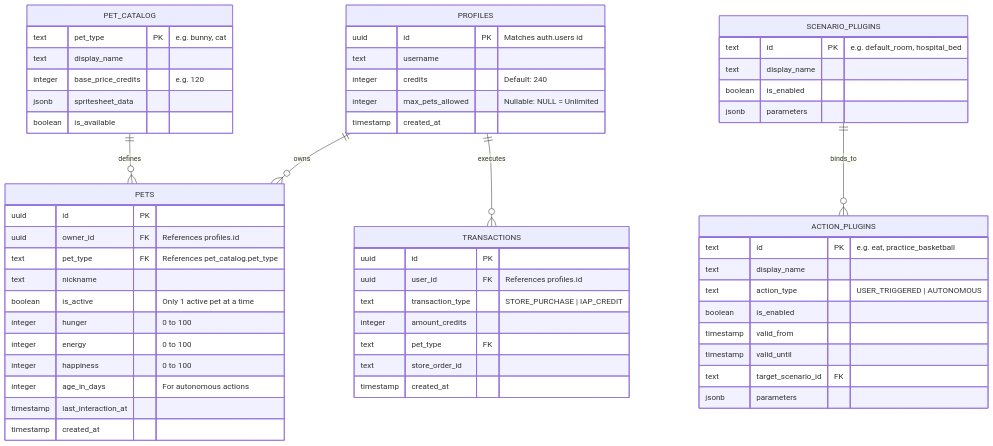
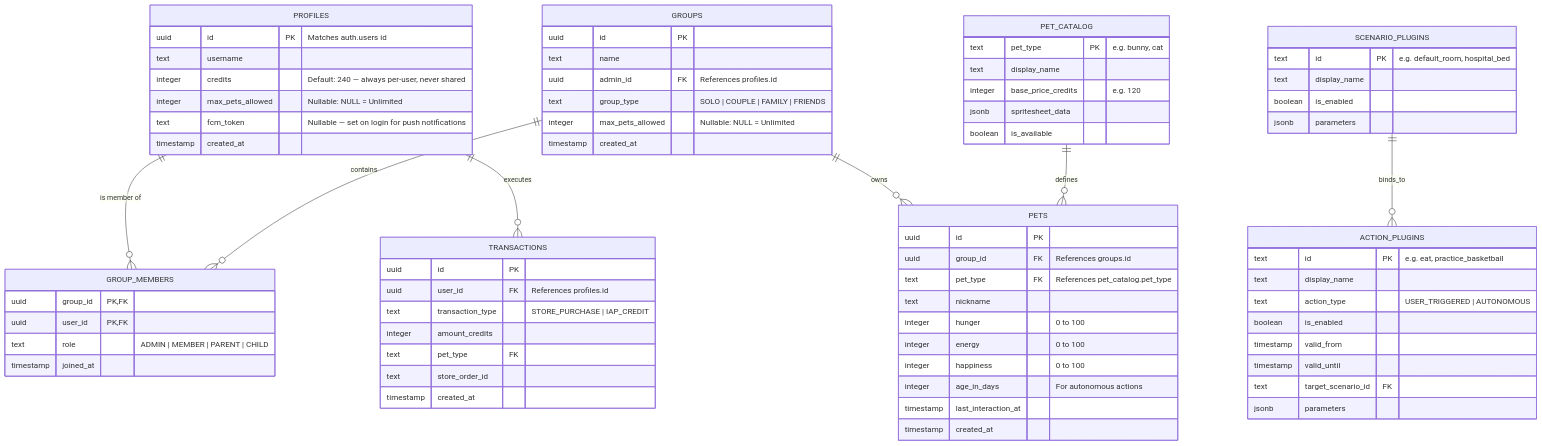
The diagram in Documentation/Architecture/05-database-and-auth.md (TheMrCorvy/HATCH.REF), drawn with Mermaid before and after one commit. The commit also changed other lines of this file and 11 other files, not shown here.

````diff
--- a/Documentation/Architecture/05-database-and-auth.md
+++ b/Documentation/Architecture/05-database-and-auth.md
@@ -9,16 +9,35 @@
 ```mermaid
 erDiagram
-    PROFILES ||--o{ PETS : owns
+    PROFILES ||--o{ GROUP_MEMBERS : "is member of"
     PROFILES ||--o{ TRANSACTIONS : executes
+    GROUPS ||--o{ GROUP_MEMBERS : contains
+    GROUPS ||--o{ PETS : owns
     PET_CATALOG ||--o{ PETS : defines
     SCENARIO_PLUGINS ||--o{ ACTION_PLUGINS : binds_to
 
     PROFILES {
         uuid id PK "Matches auth.users id"
         text username
-        integer credits "Default: 240"
+        integer credits "Default: 240 — always per-user, never shared"
+        integer max_pets_allowed "Nullable: NULL = Unlimited"
+        text fcm_token "Nullable — set on login for push notifications"
+        timestamp created_at
+    }
+
+    GROUPS {
+        uuid id PK
+        text name
+        uuid admin_id FK "References profiles.id"
+        text group_type "SOLO | COUPLE | FAMILY | FRIENDS"
         integer max_pets_allowed "Nullable: NULL = Unlimited"
         timestamp created_at
+    }
+
+    GROUP_MEMBERS {
+        uuid group_id PK,FK
+        uuid user_id PK,FK
+        text role "ADMIN | MEMBER | PARENT | CHILD"
+        timestamp joined_at
     }
 
     PET_CATALOG {
@@ -31,10 +50,9 @@
 
     PETS {
         uuid id PK
-        uuid owner_id FK "References profiles.id"
+        uuid group_id FK "References groups.id"
         text pet_type FK "References pet_catalog.pet_type"
         text nickname
-        boolean is_active "Only 1 active pet at a time"
         integer hunger "0 to 100"
         integer energy "0 to 100"
         integer happiness "0 to 100"
````
